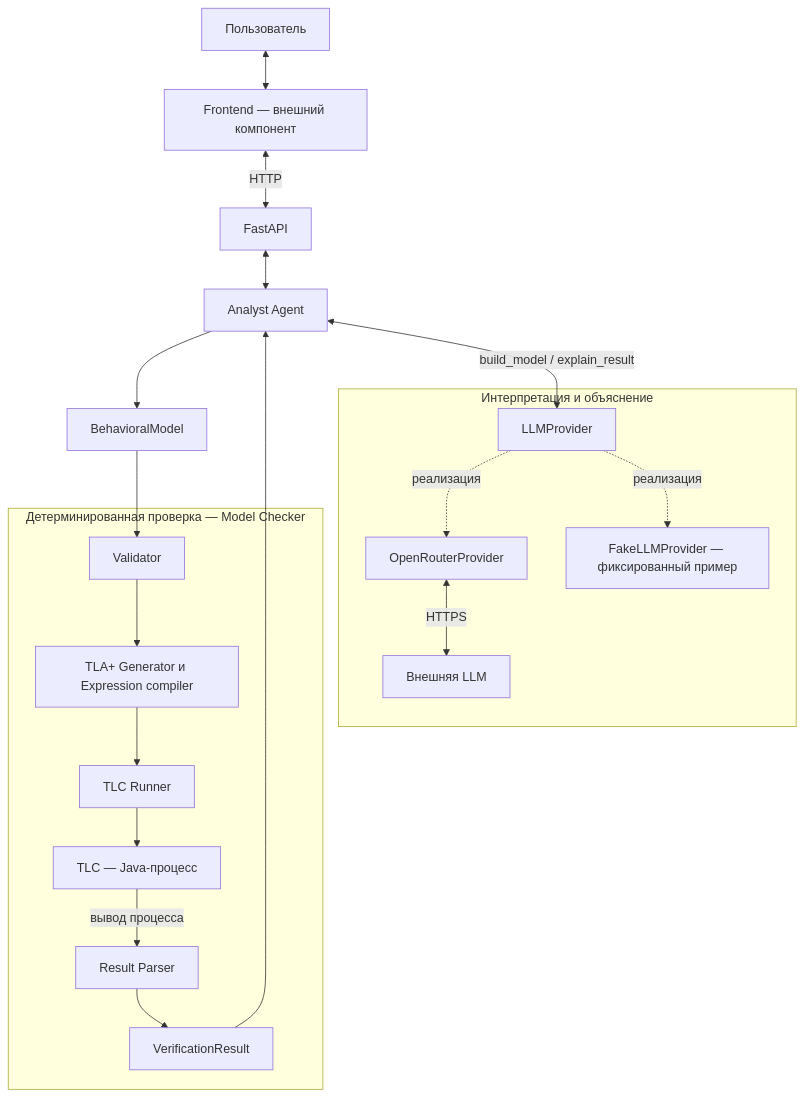
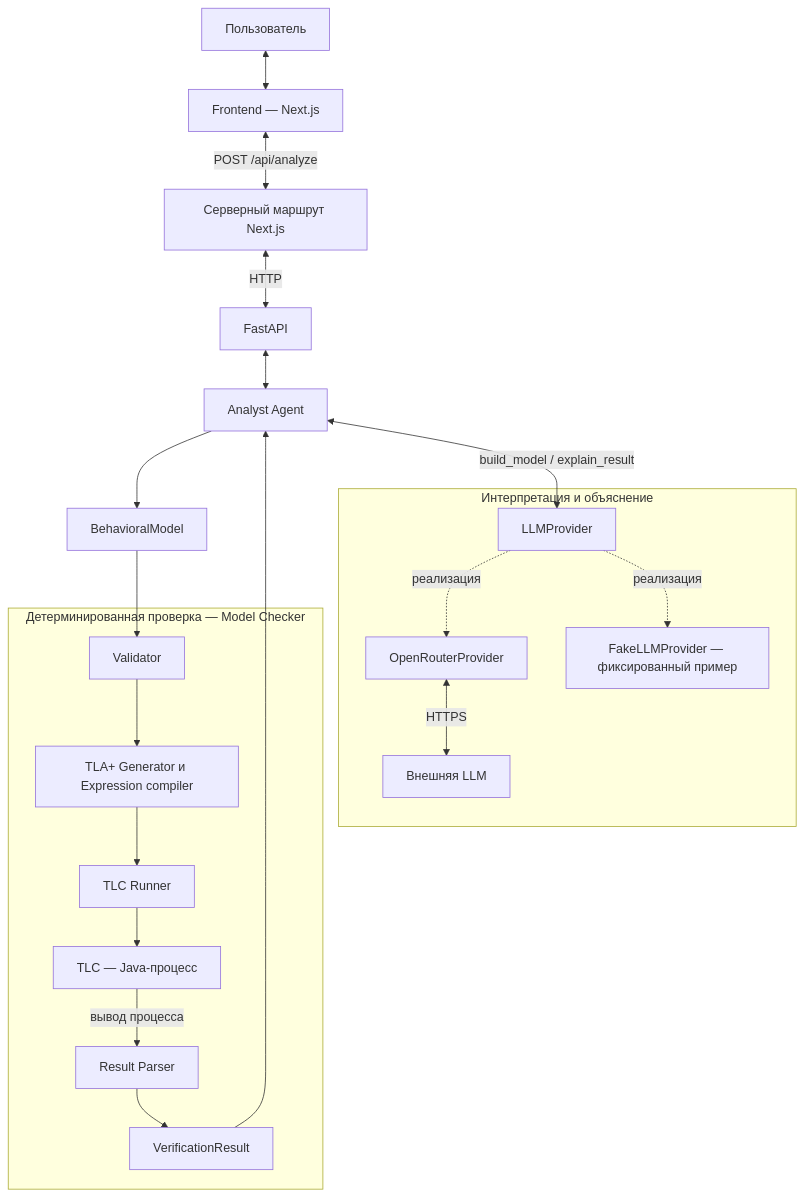
Before and after one commit to Maximoff35/mai-practice-agent-analyst: the diagram in docs/predefense/architecture.md, drawn with Mermaid. The commit also changed other lines of this file and 17 other files, not shown here.

````diff
--- a/docs/predefense/architecture.md
+++ b/docs/predefense/architecture.md
@@ -15,29 +15,30 @@
 ```mermaid
 flowchart TB
-    U[Пользователь] <--> F[Frontend — внешний компонент]
-    F <-->|HTTP| API[FastAPI]
+    U[Пользователь] <--> F[Frontend — Next.js]
+    F <-->|POST /api/analyze| PROXY[Серверный маршрут Next.js]
+    PROXY <-->|HTTP| API[FastAPI]
     API <--> AG[Analyst Agent]
     subgraph A[Интерпретация и объяснение]
         P[LLMProvider]
         OR[OpenRouterProvider]
         FA[FakeLLMProvider — фиксированный пример]
         LLM[Внешняя LLM]
         P -. реализация .-> OR
         P -. реализация .-> FA
         OR <-->|HTTPS| LLM
     end
     AG <-->|build_model / explain_result| P
     AG --> BM[BehavioralModel]
     subgraph D[Детерминированная проверка — Model Checker]
         V[Validator]
         G[TLA+ Generator и Expression compiler]
         R[TLC Runner]
         T[TLC — Java-процесс]
         PAR[Result Parser]
         RES[VerificationResult]
         V --> G --> R --> T
         T -->|вывод процесса| PAR --> RES
     end
     BM --> V
     RES --> AG
 ```
````
